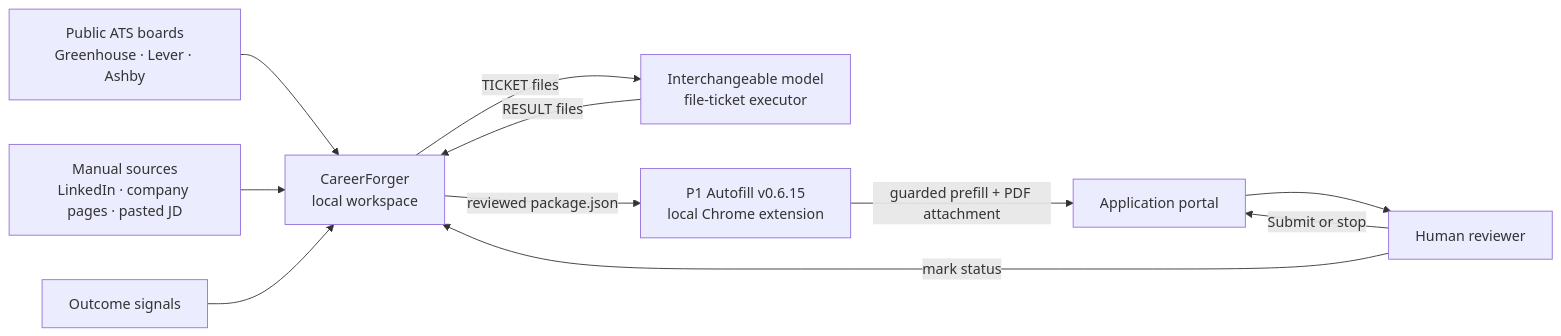
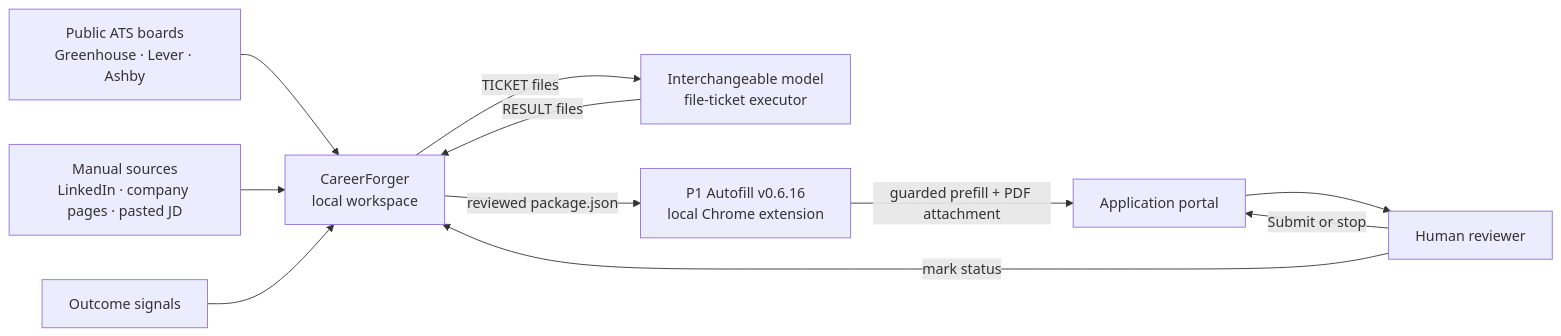
Before and after one commit to devothamgn321/CareerForger: the first of 4 diagrams in docs/ARCHITECTURE.md, drawn with Mermaid. The commit also changed other lines of this file and 6 other files, not shown here.

````diff
--- a/docs/ARCHITECTURE.md
+++ b/docs/ARCHITECTURE.md
@@ -117,22 +117,22 @@
 ```mermaid
 flowchart LR
     ATS[Public ATS boards<br/>Greenhouse · Lever · Ashby]
     MANUAL[Manual sources<br/>LinkedIn · company pages · pasted JD]
     CF[CareerForger<br/>local workspace]
     MODEL[Interchangeable model<br/>file-ticket executor]
-    EXT[P1 Autofill v0.6.15<br/>local Chrome extension]
+    EXT[P1 Autofill v0.6.16<br/>local Chrome extension]
     PORTAL[Application portal]
     HUMAN[Human reviewer]
     OUTCOME[Outcome signals]
 
     ATS --> CF
     MANUAL --> CF
     CF -->|TICKET files| MODEL
     MODEL -->|RESULT files| CF
     CF -->|reviewed package.json| EXT
     EXT -->|guarded prefill + PDF attachment| PORTAL
     PORTAL --> HUMAN
     HUMAN -->|Submit or stop| PORTAL
     HUMAN -->|mark status| CF
     OUTCOME --> CF
 ```
````
